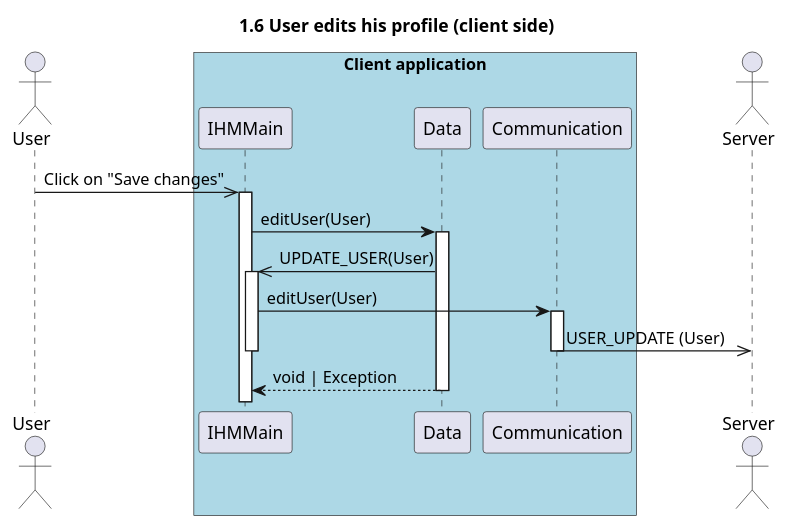
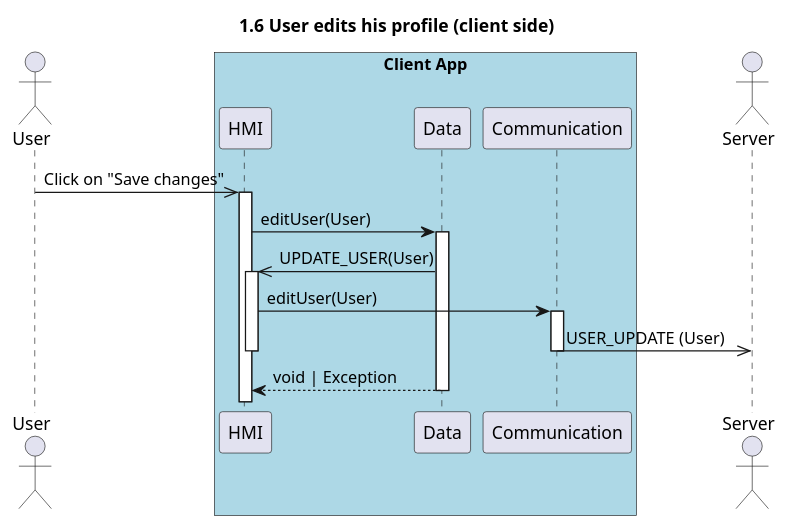
One commit to UTCAI12/Diagrams changed the diagram in sequence/1.6_user_edits_profile_client.puml. Above: the diagram before and after it, drawn with PlantUML. The commit also changed 8 other files, not shown here.

```diff
--- a/sequence/1.6_user_edits_profile_client.puml
+++ b/sequence/1.6_user_edits_profile_client.puml
@@ -1,20 +1,20 @@
 @startuml 1.6 User edits his profile (client side)
 title 1.6 User edits his profile (client side)
 
-actor User as user
-box "Client application" #LightBlue
-    participant IHMMain as ihm
-    participant Data as data
-    participant Communication as com
+actor "User" as user
+box "Client App" #LightBlue
+    participant "HMI" as hmi
+    participant "Data" as data
+    participant "Communication" as com
 end box
-actor Server as server
+actor "Server" as server
 
-user ->> ihm++: Click on "Save changes"
-ihm->data++: editUser(User)
-data->>ihm++: UPDATE_USER(User)
-ihm->com++: editUser(User)
+user ->> hmi++: Click on "Save changes"
+hmi->data++: editUser(User)
+data->>hmi++: UPDATE_USER(User)
+hmi->com++: editUser(User)
 com->>server: USER_UPDATE (User)
-deactivate ihm
+deactivate hmi
 deactivate com
 return void | Exception
 @enduml
```
